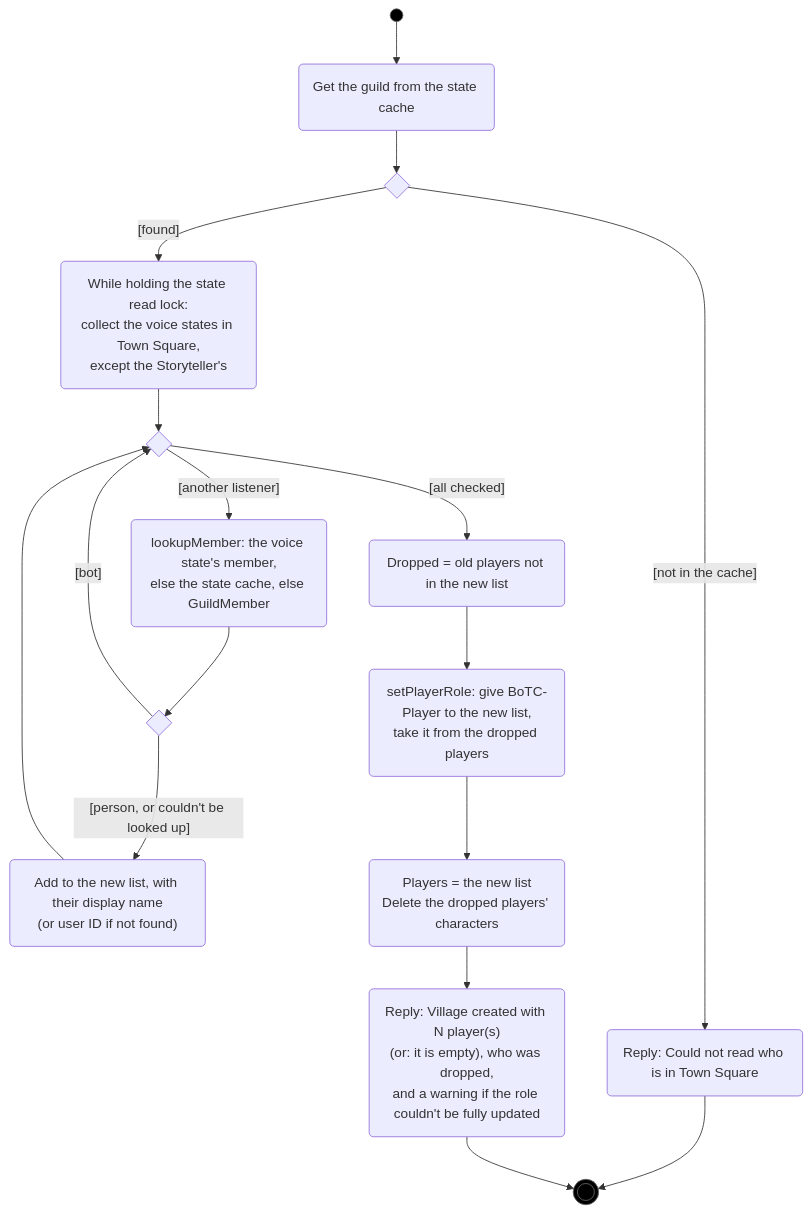
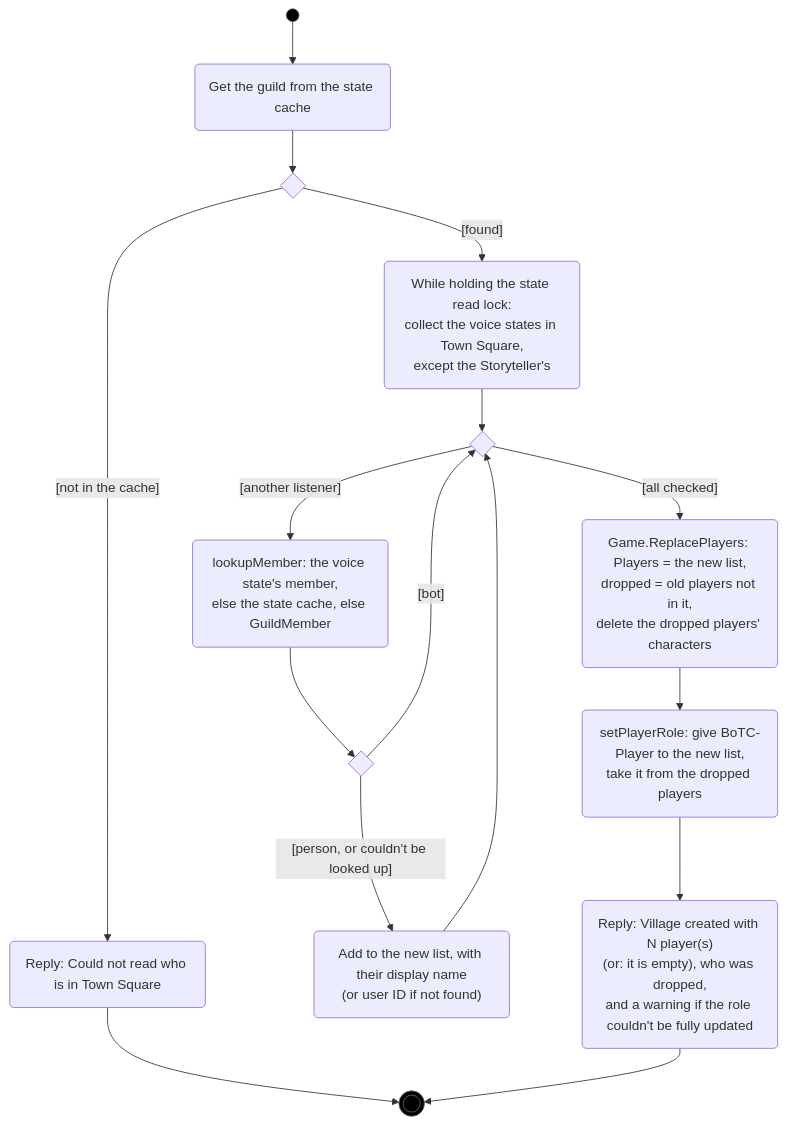
The second of 5 diagrams in docs/uml/village.md (RAGNOARAKNOS/BotOnTheClocktower), drawn with Mermaid before and after one commit. The commit also changed other lines of this file and 9 other files, not shown here.

````diff
--- a/docs/uml/village.md
+++ b/docs/uml/village.md
@@ -29,22 +29,21 @@
 ```mermaid
 flowchart TD
     start((" ")):::initial --> guild("Get the guild from the state cache")
     guild --> d1{" "}
     d1 -->|"[not in the cache]"| fail("Reply: Could not read who is in Town Square")
     d1 -->|"[found]"| scan("While holding the state read lock:<br/>collect the voice states in Town Square,<br/>except the Storyteller's")
     scan --> next{" "}
     next -->|"[another listener]"| lookup("lookupMember: the voice state's member,<br/>else the state cache, else GuildMember")
     lookup --> dbot{" "}
     dbot -->|"[bot]"| next
     dbot -->|"[person, or couldn't be looked up]"| keep("Add to the new list, with their display name<br/>(or user ID if not found)")
     keep --> next
-    next -->|"[all checked]"| dropped("Dropped = old players not in the new list")
-    dropped --> role("setPlayerRole: give BoTC-Player to the new list,<br/>take it from the dropped players")
-    role --> replace("Players = the new list<br/>Delete the dropped players' characters")
-    replace --> reply("Reply: Village created with N player(s)<br/>(or: it is empty), who was dropped,<br/>and a warning if the role couldn't be fully updated")
+    next -->|"[all checked]"| replace("Game.ReplacePlayers: Players = the new list,<br/>dropped = old players not in it,<br/>delete the dropped players' characters")
+    replace --> role("setPlayerRole: give BoTC-Player to the new list,<br/>take it from the dropped players")
+    role --> reply("Reply: Village created with N player(s)<br/>(or: it is empty), who was dropped,<br/>and a warning if the role couldn't be fully updated")
     fail --> done(((" "))):::final
     reply --> done
 
     classDef initial fill:#000,stroke:#666
     classDef final fill:#000,stroke:#666
 ```
````
